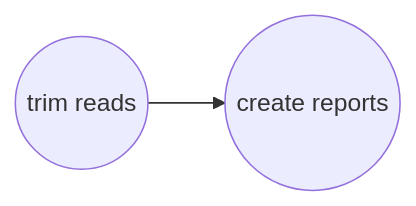
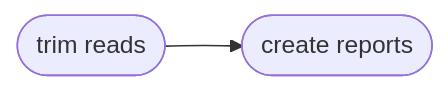
Before and after one commit to pdimens/harpy: the diagram in Modules/qualitytrimming.md, drawn with Mermaid. The commit also changed 4 other files, not shown here.

````diff
--- a/Modules/qualitytrimming.md
+++ b/Modules/qualitytrimming.md
@@ -40,4 +40,4 @@
 ```mermaid
 graph LR
-    A((trim reads)) --> B((create reports))
+    A([trim reads]) --> B([create reports])
 ```
````
